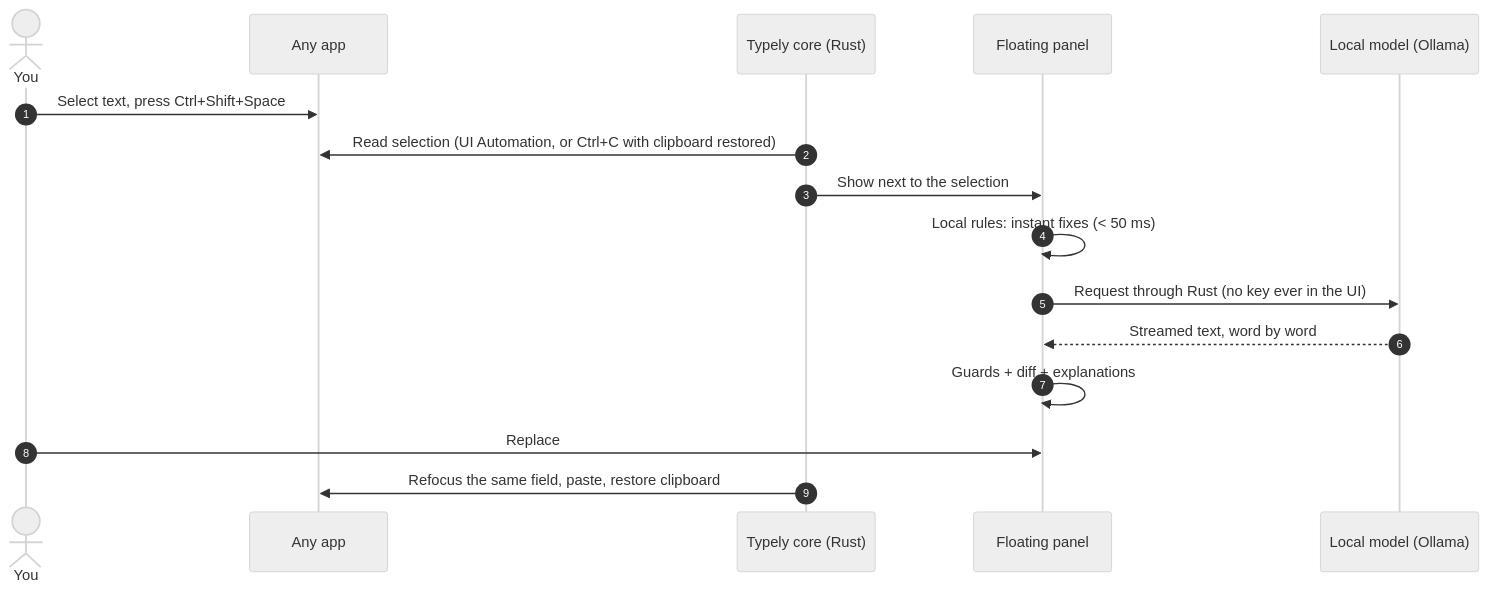
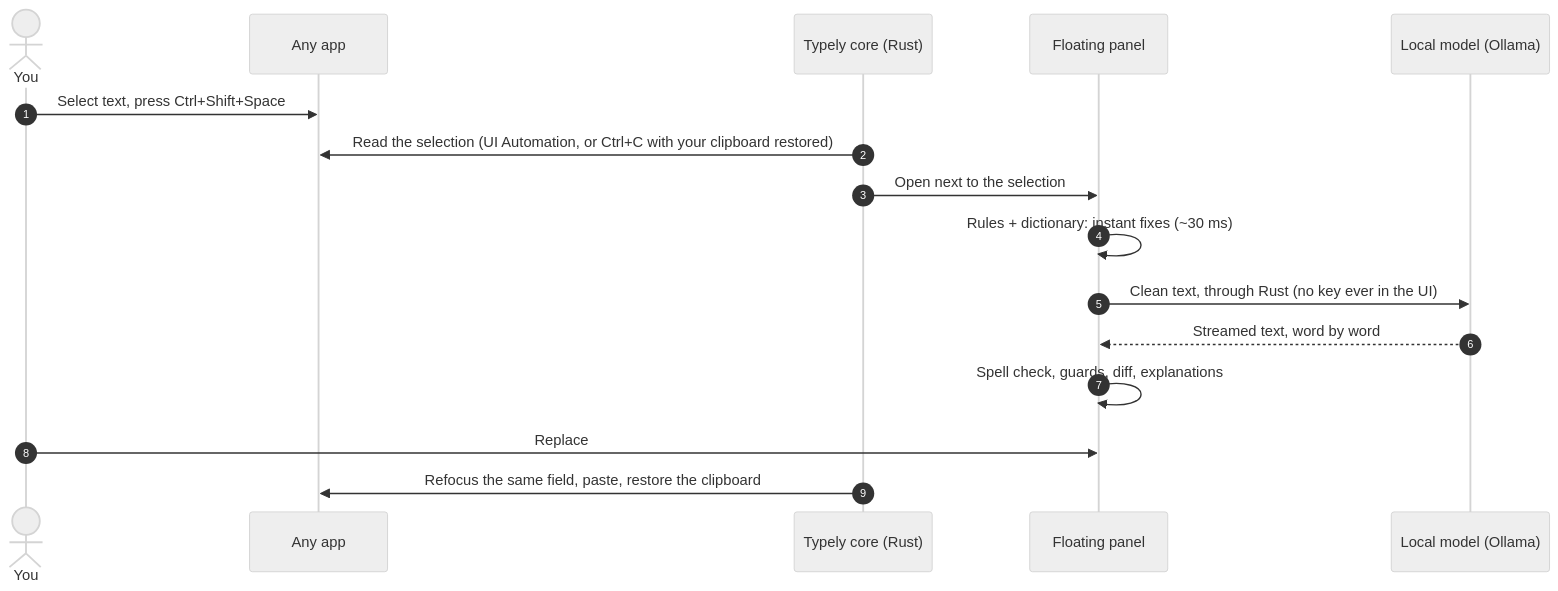
Before and after one commit to Medamineelkhattabi/typely: the first of 2 diagrams in README.md, drawn with Mermaid (neutral theme). The commit also changed other lines of this file and 3 other files, not shown here.

````diff
--- a/README.md
+++ b/README.md
@@ -83,19 +174,19 @@
 ```mermaid
 sequenceDiagram
     autonumber
     actor You
     participant App as Any app
     participant Rust as Typely core (Rust)
     participant Panel as Floating panel
     participant Model as Local model (Ollama)
 
     You->>App: Select text, press Ctrl+Shift+Space
-    Rust->>App: Read selection (UI Automation, or Ctrl+C with clipboard restored)
-    Rust->>Panel: Show next to the selection
-    Panel->>Panel: Local rules: instant fixes (< 50 ms)
-    Panel->>Model: Request through Rust (no key ever in the UI)
+    Rust->>App: Read the selection (UI Automation, or Ctrl+C with your clipboard restored)
+    Rust->>Panel: Open next to the selection
+    Panel->>Panel: Rules + dictionary: instant fixes (~30 ms)
+    Panel->>Model: Clean text, through Rust (no key ever in the UI)
     Model-->>Panel: Streamed text, word by word
-    Panel->>Panel: Guards + diff + explanations
+    Panel->>Panel: Spell check, guards, diff, explanations
     You->>Panel: Replace
-    Rust->>App: Refocus the same field, paste, restore clipboard
+    Rust->>App: Refocus the same field, paste, restore the clipboard
 ```
````
